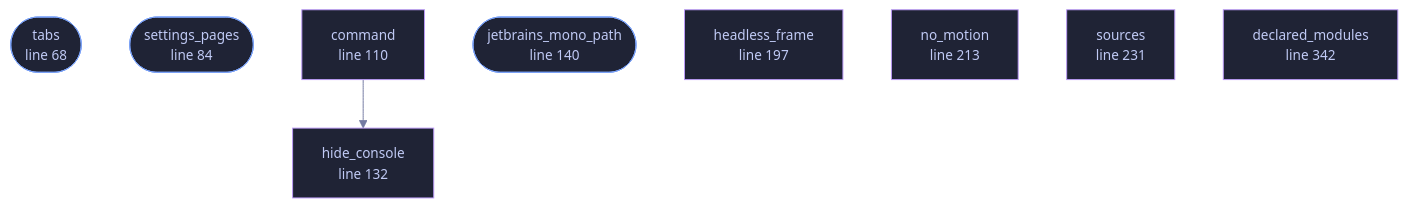
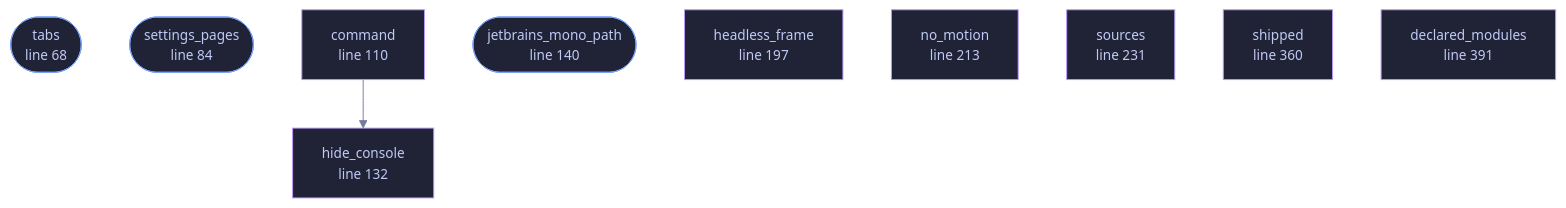
The diagram in docs/files/veilvoice-gui/lib.md (tilas01/veilvoice), drawn with Mermaid before and after one commit. The commit also changed other lines of this file and 72 other files, not shown here.

````diff
--- a/docs/files/veilvoice-gui/lib.md
+++ b/docs/files/veilvoice-gui/lib.md
@@ -106,29 +106,31 @@
 ```mermaid
 %%{init: {"theme":"base","themeVariables":{"background":"#1a1b26","primaryColor":"#1f2335","primaryTextColor":"#c0caf5","primaryBorderColor":"#7aa2f7","secondaryColor":"#16161e","tertiaryColor":"#16161e","lineColor":"#737aa2","textColor":"#c0caf5","mainBkg":"#1f2335","nodeBorder":"#7aa2f7","clusterBkg":"#16161e","clusterBorder":"#2f3549","fontFamily":"ui-monospace, SFMono-Regular, Consolas, monospace","fontSize":"14px"}}}%%
 flowchart TD
     n_tabs(["tabs<br/>line 68"])
     n_settings_pages(["settings_pages<br/>line 84"])
     n_command["command<br/>line 110"]
     n_hide_console["hide_console<br/>line 122"]
     n_hide_console["hide_console<br/>line 132"]
     n_jetbrains_mono_path(["jetbrains_mono_path<br/>line 140"])
     n_headless_frame["headless_frame<br/>line 197"]
     n_no_motion["no_motion<br/>line 213"]
     n_sources["sources<br/>line 231"]
-    n_declared_modules["declared_modules<br/>line 342"]
+    n_shipped["shipped<br/>line 360"]
+    n_declared_modules["declared_modules<br/>line 391"]
     n_command --> n_hide_console
     click n_tabs href "https://github.com/tilas01/veilvoice/blob/main/crates/veilvoice-gui/src/lib.rs#L68" "open the source"
     click n_settings_pages href "https://github.com/tilas01/veilvoice/blob/main/crates/veilvoice-gui/src/lib.rs#L84" "open the source"
     click n_command href "https://github.com/tilas01/veilvoice/blob/main/crates/veilvoice-gui/src/lib.rs#L110" "open the source"
     click n_hide_console href "https://github.com/tilas01/veilvoice/blob/main/crates/veilvoice-gui/src/lib.rs#L122" "open the source"
     click n_hide_console href "https://github.com/tilas01/veilvoice/blob/main/crates/veilvoice-gui/src/lib.rs#L132" "open the source"
     click n_jetbrains_mono_path href "https://github.com/tilas01/veilvoice/blob/main/crates/veilvoice-gui/src/lib.rs#L140" "open the source"
     click n_headless_frame href "https://github.com/tilas01/veilvoice/blob/main/crates/veilvoice-gui/src/lib.rs#L197" "open the source"
     click n_no_motion href "https://github.com/tilas01/veilvoice/blob/main/crates/veilvoice-gui/src/lib.rs#L213" "open the source"
     click n_sources href "https://github.com/tilas01/veilvoice/blob/main/crates/veilvoice-gui/src/lib.rs#L231" "open the source"
-    click n_declared_modules href "https://github.com/tilas01/veilvoice/blob/main/crates/veilvoice-gui/src/lib.rs#L342" "open the source"
+    click n_shipped href "https://github.com/tilas01/veilvoice/blob/main/crates/veilvoice-gui/src/lib.rs#L360" "open the source"
+    click n_declared_modules href "https://github.com/tilas01/veilvoice/blob/main/crates/veilvoice-gui/src/lib.rs#L391" "open the source"
     classDef entry fill:#1f2335,stroke:#7aa2f7,color:#c0caf5
     class n_tabs,n_settings_pages,n_jetbrains_mono_path entry
     classDef helper fill:#1f2335,stroke:#bb9af7,color:#c0caf5
-    class n_command,n_hide_console,n_hide_console,n_headless_frame,n_no_motion,n_sources,n_declared_modules helper
+    class n_command,n_hide_console,n_hide_console,n_headless_frame,n_no_motion,n_sources,n_shipped,n_declared_modules helper
 ```
````
